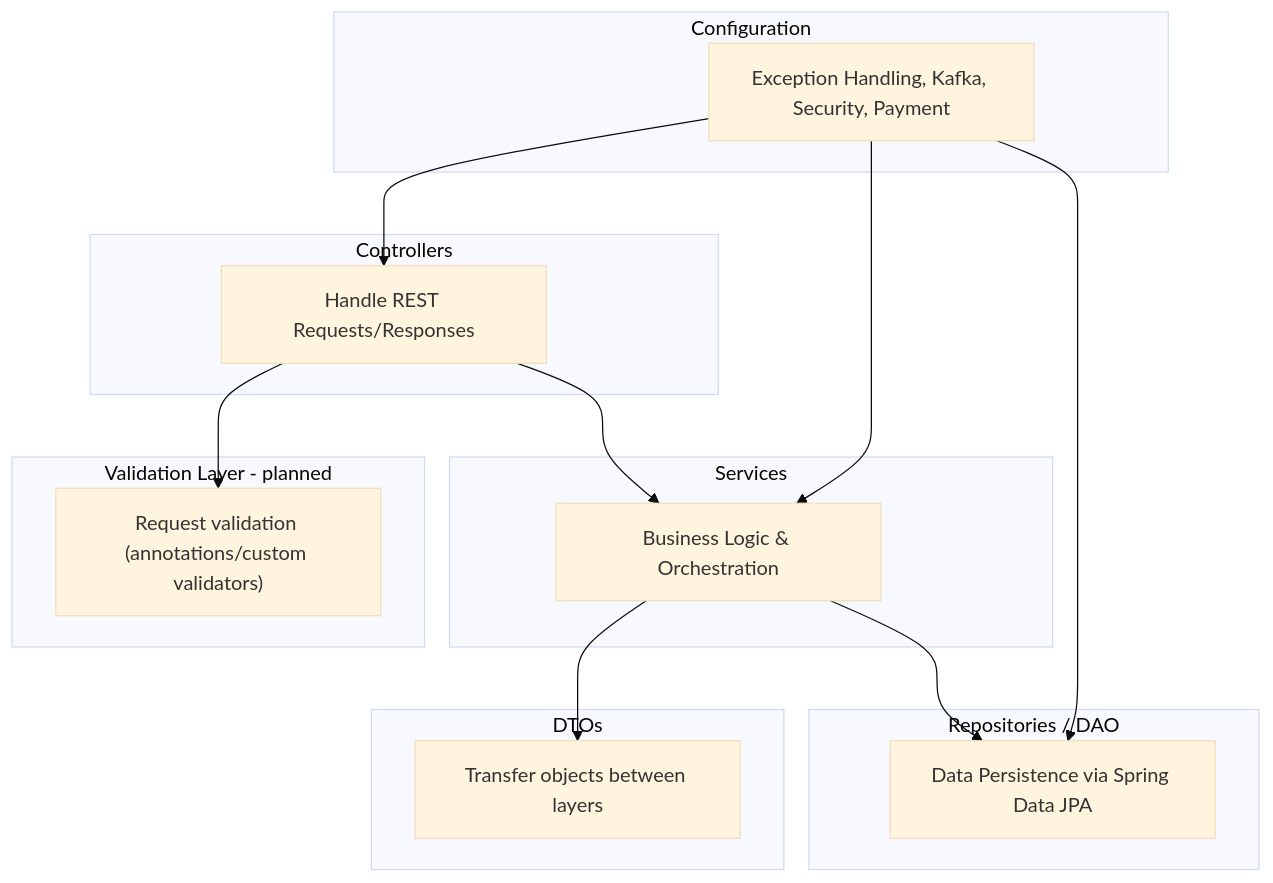
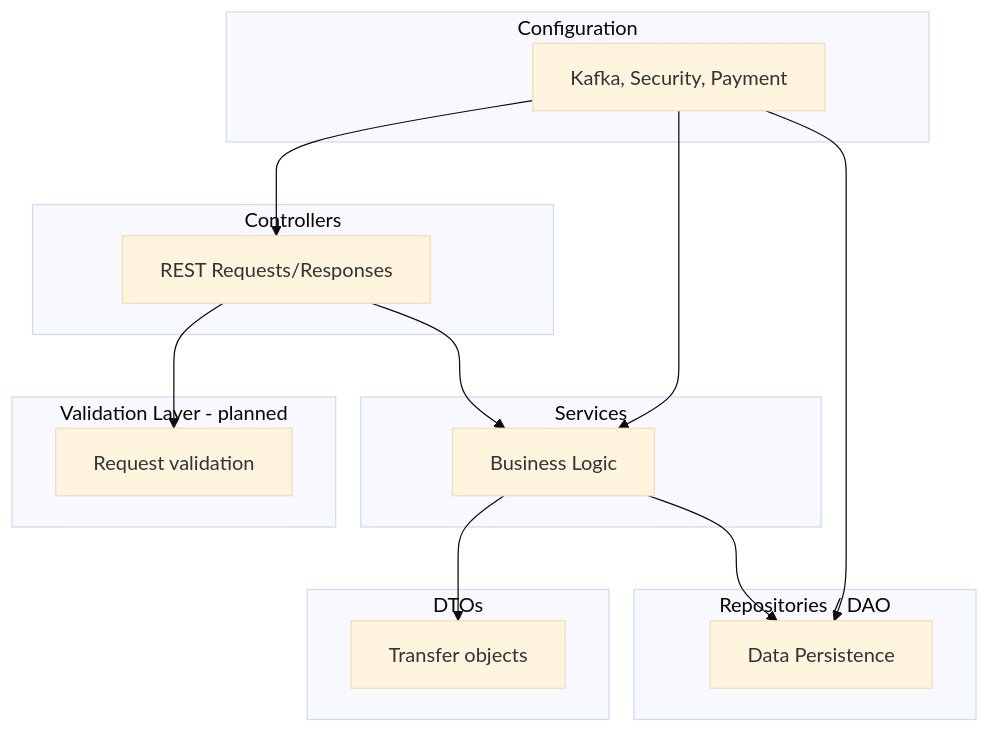
One commit to ismiljanic/SyntaxBase changed the second of 4 diagrams in docs/ARCHITECTURE.md. Above: the diagram before and after it, drawn with Mermaid (base theme). The commit also changed other lines of this file and 1 other file, not shown here.

Commit message:
Fix diagrams in docs

````diff
--- a/docs/ARCHITECTURE.md
+++ b/docs/ARCHITECTURE.md
@@ -89,42 +89,42 @@
 ```mermaid
 flowchart TD
     %% Configuration Layer
     subgraph Config[Configuration]
-        C["Exception Handling, Kafka, Security, Payment"]
+        C["Kafka, Security, Payment"]
     end
 
     %% Controllers Layer
     subgraph Controllers[Controllers]
-        CT["Handle REST Requests/Responses"]
+        CT["REST Requests/Responses"]
     end
 
     %% Services Layer
     subgraph Services[Services]
-        S["Business Logic & Orchestration"]
+        S["Business Logic"]
     end
 
     %% Repositories Layer
     subgraph Repositories[Repositories / DAO]
-        R["Data Persistence via Spring Data JPA"]
+        R["Data Persistence"]
     end
 
     %% DTO Layer
     subgraph DTOs[DTOs]
-        D["Transfer objects between layers"]
+        D["Transfer objects"]
     end
 
     %% Validation Layer
     subgraph Validation[Validation Layer - planned]
-        V["Request validation (annotations/custom validators)"]
+        V["Request validation"]
     end
 
     %% Connections
     C --> CT
     C --> S
     C --> R
 
     CT --> V
     CT --> S
     S --> R
     S --> D
 ```
````
